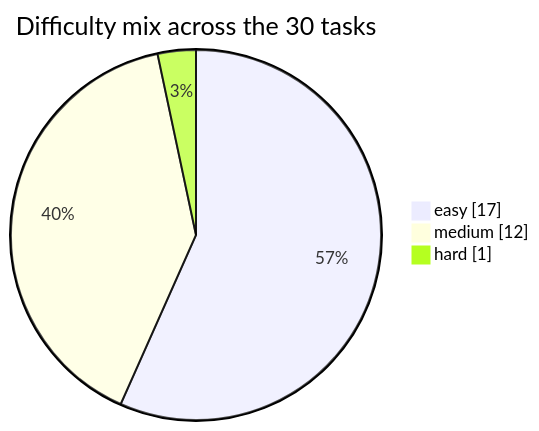
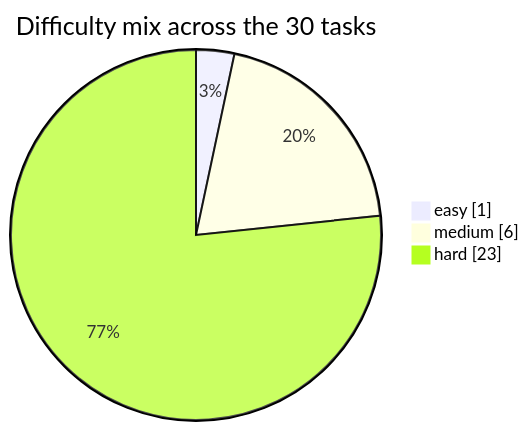
Before and after one commit to EtharaOrion/mars-samples: the second of 2 diagrams in README.md, drawn with Mermaid. The commit also changed other lines of this file and 1355 other files, not shown here.

````diff
--- a/README.md
+++ b/README.md
@@ -114,7 +114,7 @@
 ```mermaid
 pie showData
     title Difficulty mix across the 30 tasks
-    "easy" : 17
-    "medium" : 12
-    "hard" : 1
+    "easy" : 1
+    "medium" : 6
+    "hard" : 23
 ```
````
